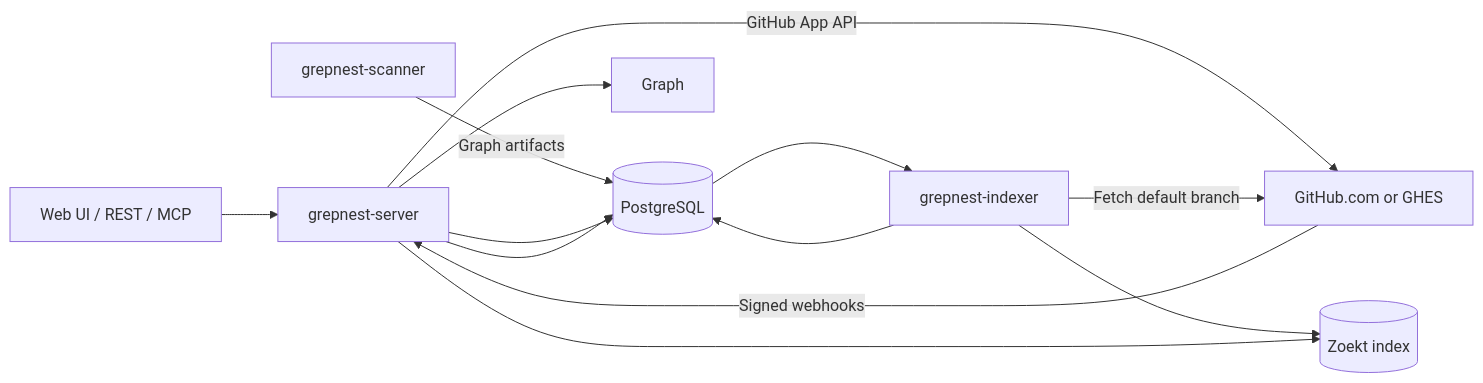
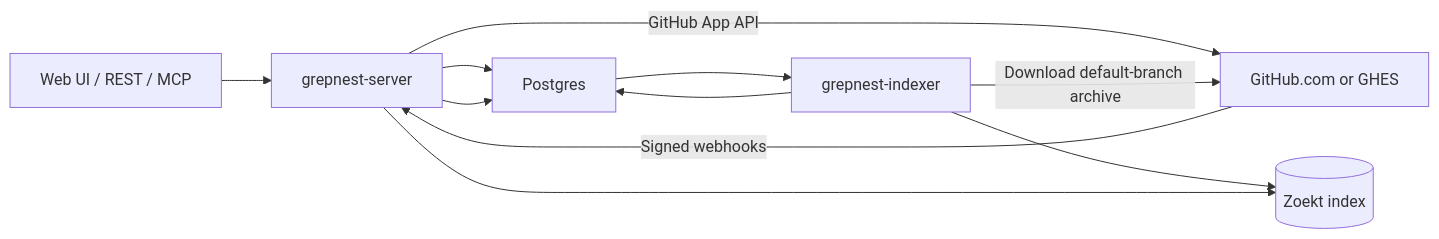
Before and after one commit to balcsida/graphnest: the diagram in README.md, drawn with Mermaid. The commit also changed other lines of this file and 6 other files, not shown here.

````diff
--- a/README.md
+++ b/README.md
@@ -40,18 +40,16 @@
 ```mermaid
 flowchart LR
     Client[Web UI / REST / MCP] --> Server[grepnest-server]
 
     Server -->|GitHub App API| GitHub[GitHub.com or GHES]
     GitHub -->|Signed webhooks| Server
-    Indexer[grepnest-indexer] -->|Fetch default branch| GitHub
-    Scanner[grepnest-scanner] -->|Graph artifacts| Postgres[(PostgreSQL)]
+    Indexer[grepnest-indexer] -->|Download default-branch archive| GitHub
 
     Server --> Postgres
     Indexer --> Postgres
     Postgres --> Indexer
     Indexer --> Zoekt[(Zoekt index)]
     Server --> Zoekt
 
     Server --> Postgres
-    Server --> Graph
 ```
````
